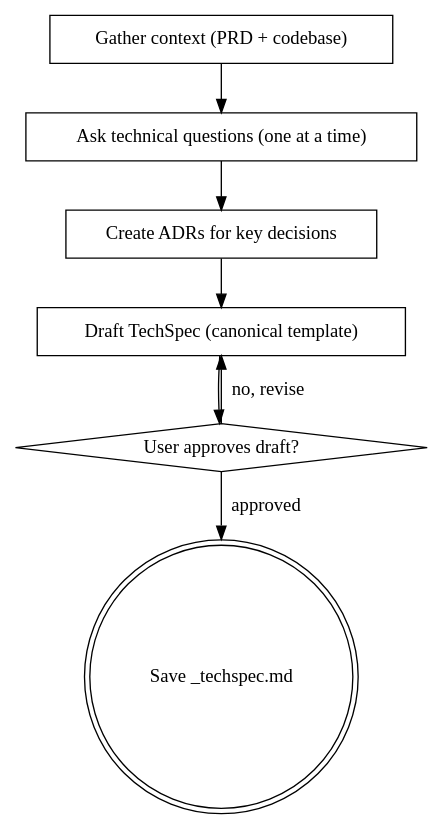
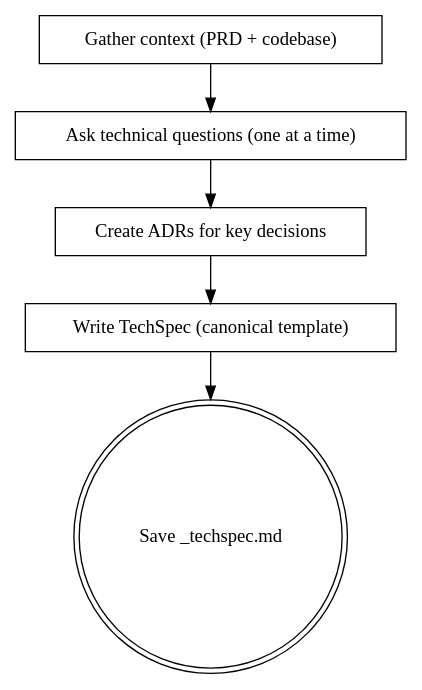
Before and after one commit to joaovic/mat: the diagram in .agents/skills/cy-create-techspec/SKILL.md, drawn with Graphviz. The commit also changed other lines of this file and 42 other files, not shown here.

````diff
--- a/.agents/skills/cy-create-techspec/SKILL.md
+++ b/.agents/skills/cy-create-techspec/SKILL.md
@@ -106,17 +93,14 @@
 ```dot
 digraph create_techspec {
     "Gather context (PRD + codebase)" [shape=box];
     "Ask technical questions (one at a time)" [shape=box];
     "Create ADRs for key decisions" [shape=box];
-    "Draft TechSpec (canonical template)" [shape=box];
-    "User approves draft?" [shape=diamond];
+    "Write TechSpec (canonical template)" [shape=box];
     "Save _techspec.md" [shape=doublecircle];
 
     "Gather context (PRD + codebase)" -> "Ask technical questions (one at a time)";
     "Ask technical questions (one at a time)" -> "Create ADRs for key decisions";
-    "Create ADRs for key decisions" -> "Draft TechSpec (canonical template)";
-    "Draft TechSpec (canonical template)" -> "User approves draft?";
-    "User approves draft?" -> "Draft TechSpec (canonical template)" [label="no, revise"];
-    "User approves draft?" -> "Save _techspec.md" [label="approved"];
+    "Create ADRs for key decisions" -> "Write TechSpec (canonical template)";
+    "Write TechSpec (canonical template)" -> "Save _techspec.md";
 }
 ```
````
